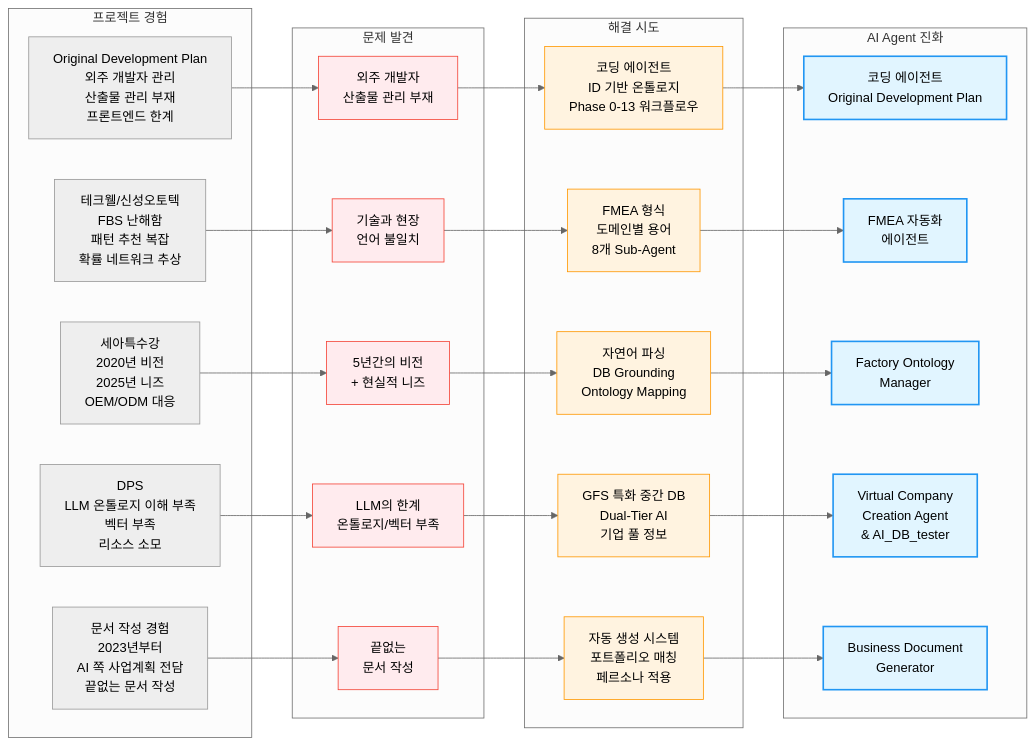
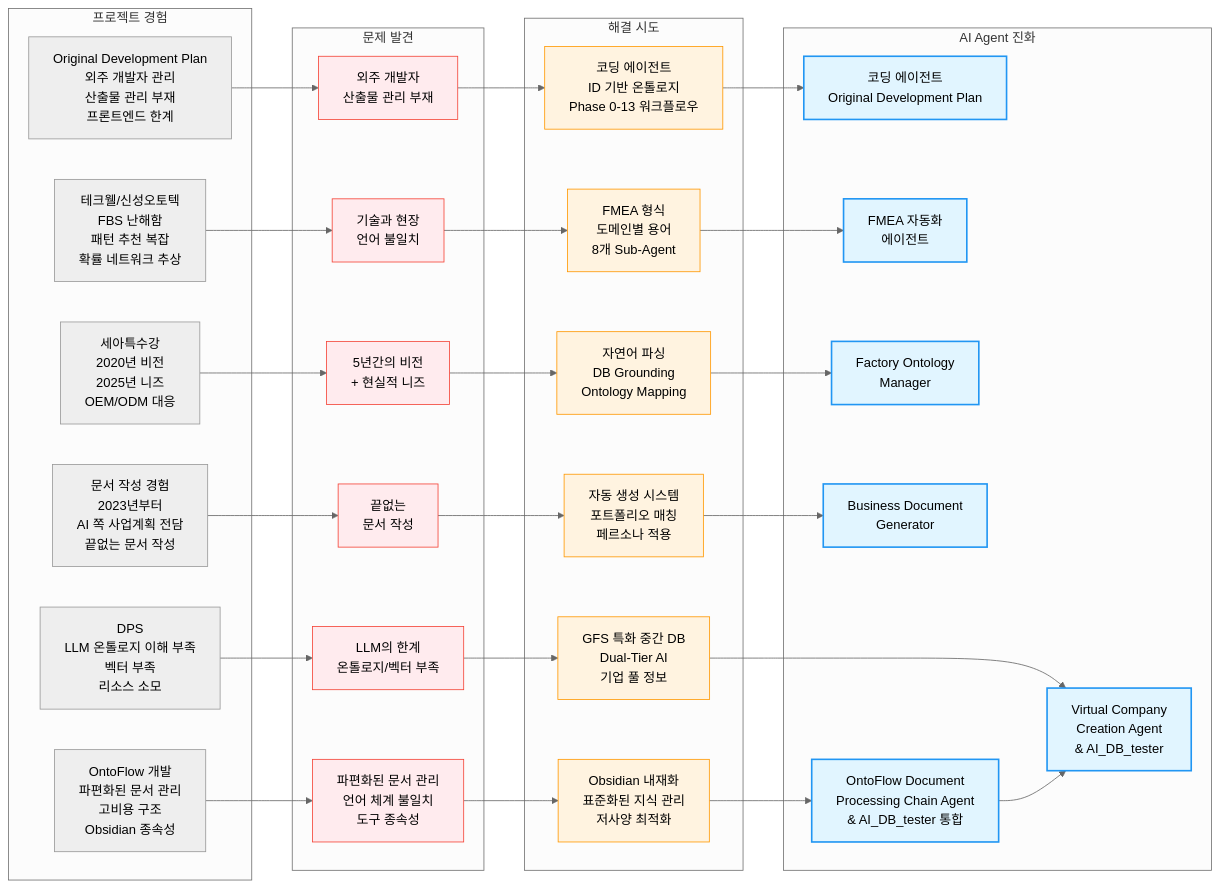
The fourth of 12 diagrams in portfolio/portfolio_docs/00_Relationship_Map.md (moobaek/Testing_AI_agents_for_public_use), drawn with Mermaid (neutral theme) before and after one commit. The commit also changed other lines of this file and 20 other files, not shown here.

````diff
--- a/portfolio/portfolio_docs/00_Relationship_Map.md
+++ b/portfolio/portfolio_docs/00_Relationship_Map.md
@@ -182,68 +204,79 @@
 ```mermaid
 graph LR
     subgraph "프로젝트 경험"
         Dev_Plan_Exp["Original Development Plan<br/>외주 개발자 관리<br/>산출물 관리 부재<br/>프론트엔드 한계"]
         Techwell_Exp["테크웰/신성오토텍<br/>FBS 난해함<br/>패턴 추천 복잡<br/>확률 네트워크 추상"]
         Seah_Exp["세아특수강<br/>2020년 비전<br/>2025년 니즈<br/>OEM/ODM 대응"]
         DPS_Exp["DPS<br/>LLM 온톨로지 이해 부족<br/>벡터 부족<br/>리소스 소모"]
         Doc_Exp_Detail["문서 작성 경험<br/>2023년부터<br/>AI 쪽 사업계획 전담<br/>끝없는 문서 작성"]
+        OntoFlow_Exp_Detail["OntoFlow 개발<br/>파편화된 문서 관리<br/>고비용 구조<br/>Obsidian 종속성"]
     end
     
     subgraph "문제 발견"
         Problem1["외주 개발자<br/>산출물 관리 부재"]
         Problem2["기술과 현장<br/>언어 불일치"]
         Problem3["5년간의 비전<br/>+ 현실적 니즈"]
         Problem4["LLM의 한계<br/>온톨로지/벡터 부족"]
         Problem5["끝없는<br/>문서 작성"]
+        Problem6["파편화된 문서 관리<br/>언어 체계 불일치<br/>도구 종속성"]
     end
     
     subgraph "해결 시도"
         Solution1["코딩 에이전트<br/>ID 기반 온톨로지<br/>Phase 0-13 워크플로우"]
         Solution2["FMEA 형식<br/>도메인별 용어<br/>8개 Sub-Agent"]
         Solution3["자연어 파싱<br/>DB Grounding<br/>Ontology Mapping"]
         Solution4["GFS 특화 중간 DB<br/>Dual-Tier AI<br/>기업 풀 정보"]
         Solution5["자동 생성 시스템<br/>포트폴리오 매칭<br/>페르소나 적용"]
+        Solution6["Obsidian 내재화<br/>표준화된 지식 관리<br/>저사양 최적화"]
     end
     
     subgraph "AI Agent 진화"
         Coding_Agent["코딩 에이전트<br/>Original Development Plan"]
         FMEA_Agent_Story["FMEA 자동화<br/>에이전트"]
         Factory_Ontology_Story["Factory Ontology<br/>Manager"]
         Virtual_Company_Story["Virtual Company<br/>Creation Agent<br/>& AI_DB_tester"]
         Doc_Generator_Story["Business Document<br/>Generator"]
+        OntoFlow_Story["OntoFlow Document<br/>Processing Chain Agent<br/>& AI_DB_tester 통합"]
     end
     
     Dev_Plan_Exp --> Problem1
     Techwell_Exp --> Problem2
     Seah_Exp --> Problem3
     DPS_Exp --> Problem4
     Doc_Exp_Detail --> Problem5
+    OntoFlow_Exp_Detail --> Problem6
     
     Problem1 --> Solution1
     Problem2 --> Solution2
     Problem3 --> Solution3
     Problem4 --> Solution4
     Problem5 --> Solution5
+    Problem6 --> Solution6
     
     Solution1 --> Coding_Agent
     Solution2 --> FMEA_Agent_Story
     Solution3 --> Factory_Ontology_Story
     Solution4 --> Virtual_Company_Story
     Solution5 --> Doc_Generator_Story
+    Solution6 --> OntoFlow_Story
+    OntoFlow_Story --> Virtual_Company_Story
     
     style Problem1 fill:#ffebee,stroke:#f44336
     style Problem2 fill:#ffebee,stroke:#f44336
     style Problem3 fill:#ffebee,stroke:#f44336
     style Problem4 fill:#ffebee,stroke:#f44336
     style Problem5 fill:#ffebee,stroke:#f44336
     style Solution1 fill:#fff3e0,stroke:#ff9800
     style Solution2 fill:#fff3e0,stroke:#ff9800
     style Solution3 fill:#fff3e0,stroke:#ff9800
     style Solution4 fill:#fff3e0,stroke:#ff9800
     style Solution5 fill:#fff3e0,stroke:#ff9800
+    style Problem6 fill:#ffebee,stroke:#f44336
+    style Solution6 fill:#fff3e0,stroke:#ff9800
     style Coding_Agent fill:#e1f5ff,stroke:#2196f3,stroke-width:2px
     style FMEA_Agent_Story fill:#e1f5ff,stroke:#2196f3,stroke-width:2px
     style Factory_Ontology_Story fill:#e1f5ff,stroke:#2196f3,stroke-width:2px
     style Virtual_Company_Story fill:#e1f5ff,stroke:#2196f3,stroke-width:2px
     style Doc_Generator_Story fill:#e1f5ff,stroke:#2196f3,stroke-width:2px
+    style OntoFlow_Story fill:#e1f5ff,stroke:#2196f3,stroke-width:2px
 ```
````
